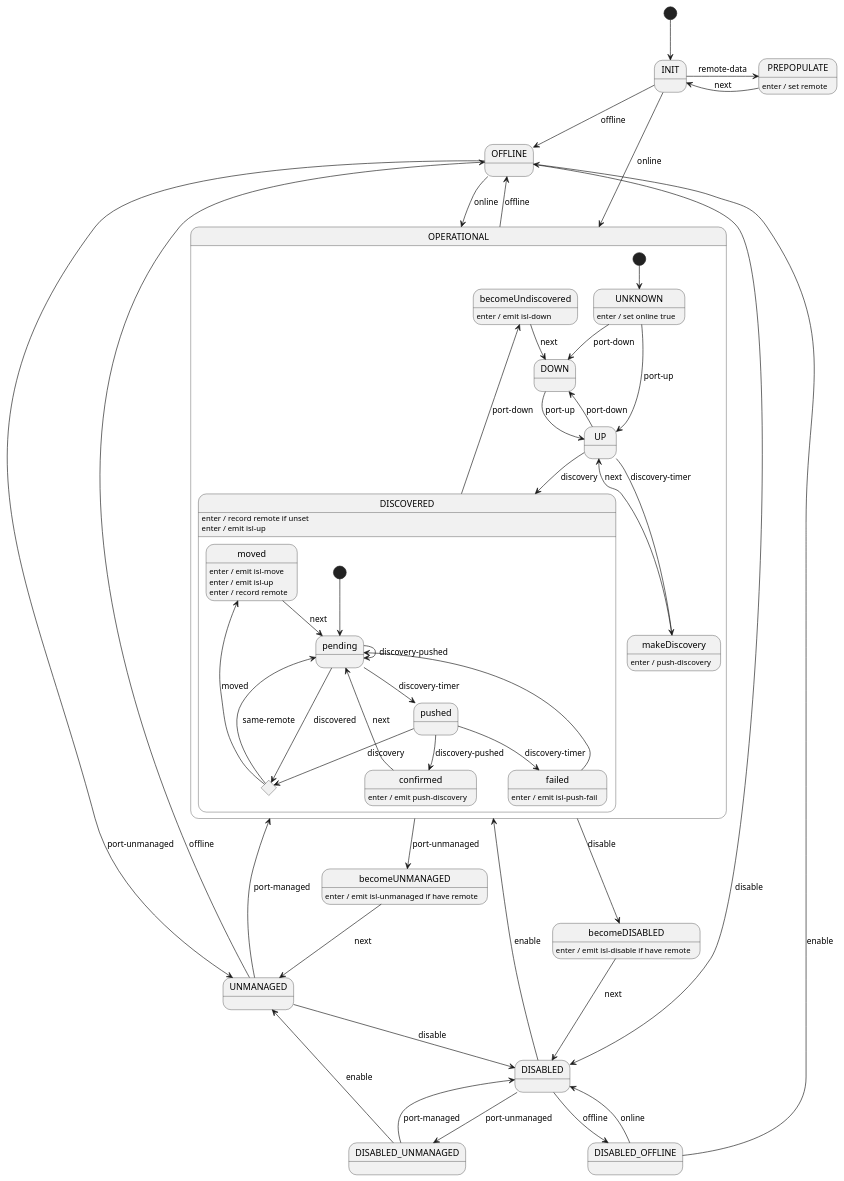
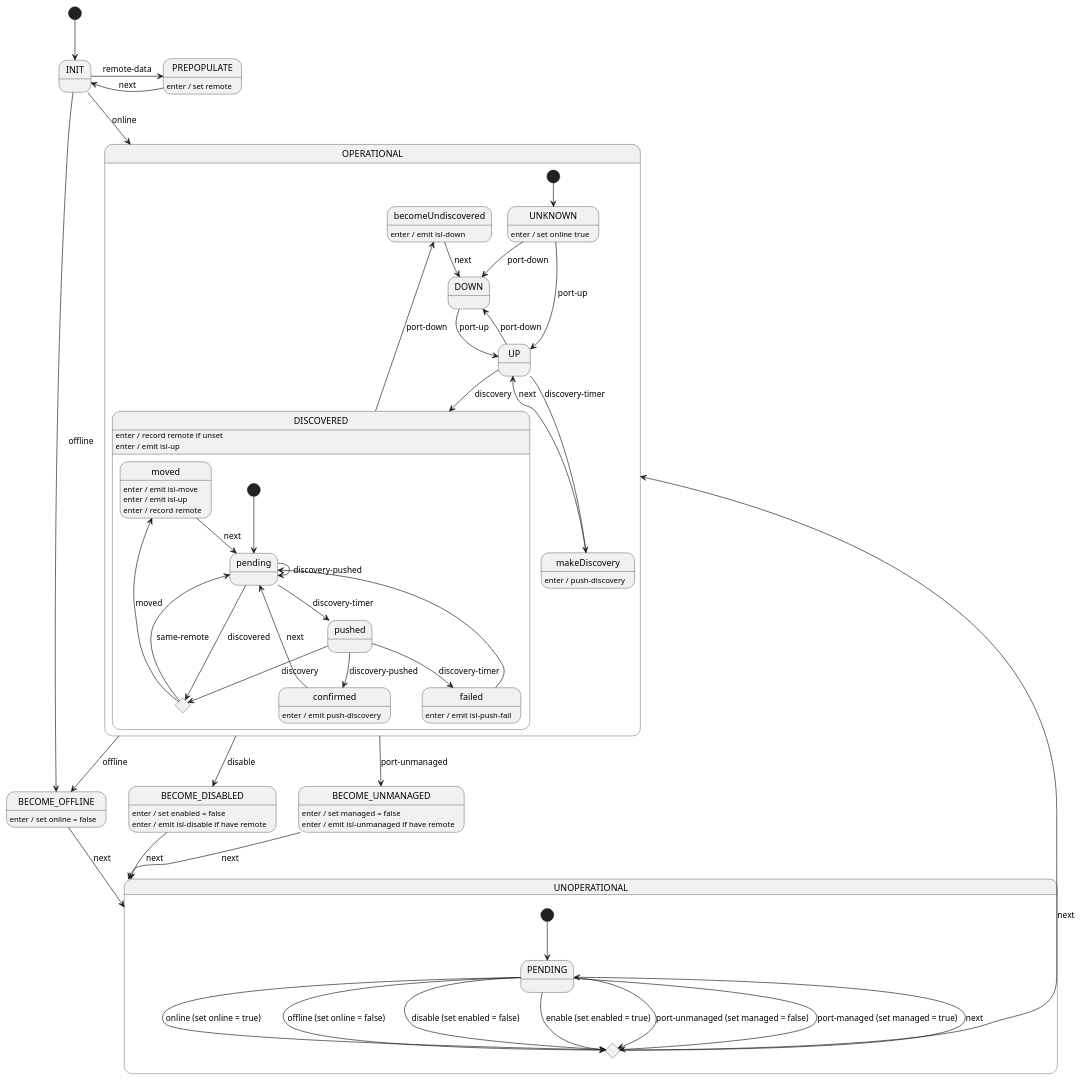
The diagram in docs/design/network-discovery/port-FSM.puml (jangwonpark74/open-kilda), drawn with PlantUML before and after one commit. The commit also changed 18 other files, not shown here.

```diff
--- a/docs/design/network-discovery/port-FSM.puml
+++ b/docs/design/network-discovery/port-FSM.puml
@@ -27,90 +27,93 @@
 @startuml
 [*] --> INIT
 
 INIT -r-> PREPOPULATE : remote-data
-INIT --> OFFLINE : offline
+INIT --> BECOME_OFFLINE : offline
 INIT --> OPERATIONAL : online
 
 PREPOPULATE : enter / set remote
 PREPOPULATE -l-> INIT : next
 
 state OPERATIONAL {
     [*] --> UNKNOWN
 
     UNKNOWN : enter / set online true
     UNKNOWN --> DOWN : port-down
     UNKNOWN --> UP : port-up
 
     UP --> DOWN : port-down
     UP --> makeDiscovery : discovery-timer
     UP --> DISCOVERED : discovery
 
     makeDiscovery : enter / push-discovery
     makeDiscovery --> UP : next
 
     DOWN --> UP : port-up
 
     state DISCOVERED {
         DISCOVERED : enter / record remote if unset
         DISCOVERED : enter / emit isl-up
 
         state checkMoved <<choice>>
 
         [*] --> pending
         pending --> pushed : discovery-timer
         pending -d-> checkMoved : discovered
         pending --> pending : discovery-pushed
 
         pushed --> confirmed : discovery-pushed
         pushed --> failed : discovery-timer
         pushed -d-> checkMoved : discovery
 
         confirmed : enter / emit push-discovery
         confirmed --> pending : next
 
         failed : enter / emit isl-push-fail
         failed --> pending
 
         checkMoved -u-> pending : same-remote
         checkMoved -u-> moved : moved
 
         moved : enter / emit isl-move
         moved : enter / emit isl-up
         moved : enter / record remote
         moved --> pending : next
     }
     DISCOVERED -u-> becomeUndiscovered : port-down
 
     becomeUndiscovered : enter / emit isl-down
     becomeUndiscovered --> DOWN : next
 }
 
-OPERATIONAL --> OFFLINE : offline
-OPERATIONAL --> becomeDISABLED : disable
-OPERATIONAL --> becomeUNMANAGED : port-unmanaged
+OPERATIONAL --> BECOME_OFFLINE : offline
+OPERATIONAL --> BECOME_DISABLED : disable
+OPERATIONAL --> BECOME_UNMANAGED : port-unmanaged
 
-becomeDISABLED : enter / emit isl-disable if have remote
-becomeDISABLED --> DISABLED : next
+BECOME_OFFLINE --> UNOPERATIONAL : next
+BECOME_OFFLINE : enter / set online = false
 
-becomeUNMANAGED : enter / emit isl-unmanaged if have remote
-becomeUNMANAGED --> UNMANAGED : next
+BECOME_DISABLED --> UNOPERATIONAL : next
+BECOME_DISABLED : enter / set enabled = false
+BECOME_DISABLED : enter / emit isl-disable if have remote
 
-DISABLED --> OPERATIONAL : enable
-DISABLED --> DISABLED_OFFLINE : offline
-DISABLED --> DISABLED_UNMANAGED : port-unmanaged
+BECOME_UNMANAGED --> UNOPERATIONAL : next
+BECOME_UNMANAGED : enter / set managed = false
+BECOME_UNMANAGED : enter / emit isl-unmanaged if have remote
 
-UNMANAGED --> OPERATIONAL : port-managed
-UNMANAGED --> DISABLED : disable
-UNMANAGED --> OFFLINE : offline
+state UNOPERATIONAL {
+    [*] --> PENDING
 
-OFFLINE --> OPERATIONAL : online
-OFFLINE --> DISABLED : disable
-OFFLINE --> UNMANAGED : port-unmanaged
+    state OPERATIONAL_DECISION <<choice>>
 
-DISABLED_OFFLINE --> DISABLED : online
-DISABLED_OFFLINE --> OFFLINE : enable
+    PENDING --> OPERATIONAL_DECISION : online (set online = true)
+    PENDING --> OPERATIONAL_DECISION : offline (set online = false)
+    PENDING --> OPERATIONAL_DECISION : disable (set enabled = false)
+    PENDING --> OPERATIONAL_DECISION : enable (set enabled = true)
+    PENDING --> OPERATIONAL_DECISION : port-unmanaged (set managed = false)
+    PENDING --> OPERATIONAL_DECISION : port-managed (set managed = true)
 
-DISABLED_UNMANAGED --> DISABLED : port-managed
-DISABLED_UNMANAGED --> UNMANAGED : enable
+    OPERATIONAL_DECISION --> PENDING : next
+    OPERATIONAL_DECISION -u-> OPERATIONAL : next
+}
 
 @enduml
```
